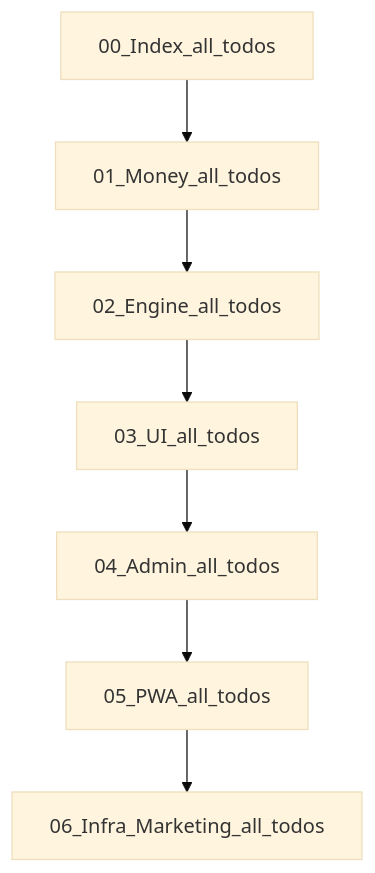
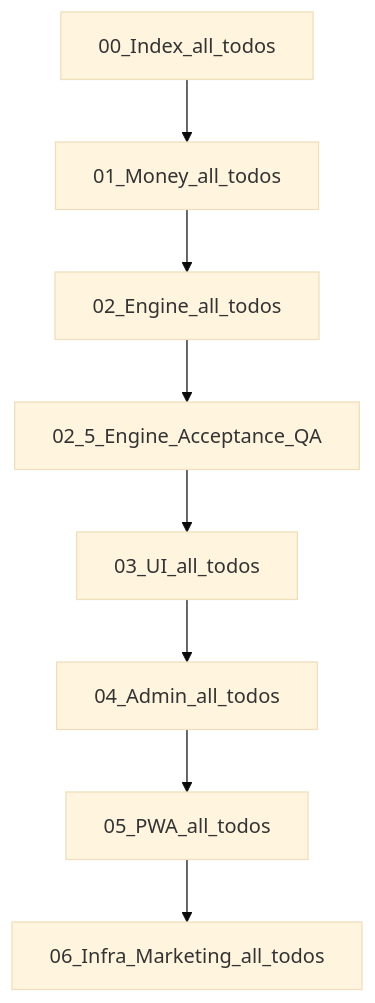
Before and after one commit to phonarawd/AI-Profit-OS: the diagram in .cursor/plans/ai_profit_os_00_index_a1b2c3d4.plan.md, drawn with Mermaid (base theme). The commit also changed other lines of this file and 24 other files, not shown here.

First line of the commit message:
feat(engine-acceptance): freeze QA-0 baseline and lock acceptance contract

````diff
--- a/.cursor/plans/ai_profit_os_00_index_a1b2c3d4.plan.md
+++ b/.cursor/plans/ai_profit_os_00_index_a1b2c3d4.plan.md
@@ -232,11 +234,12 @@
 ```mermaid
 flowchart TD
   f00[00_Index_all_todos]
   f01[01_Money_all_todos]
   f02[02_Engine_all_todos]
+  f025[02_5_Engine_Acceptance_QA]
   f03[03_UI_all_todos]
   f04[04_Admin_all_todos]
   f05[05_PWA_all_todos]
   f06[06_Infra_Marketing_all_todos]
-  f00 --> f01 --> f02 --> f03 --> f04 --> f05 --> f06
+  f00 --> f01 --> f02 --> f025 --> f03 --> f04 --> f05 --> f06
 ```
````
